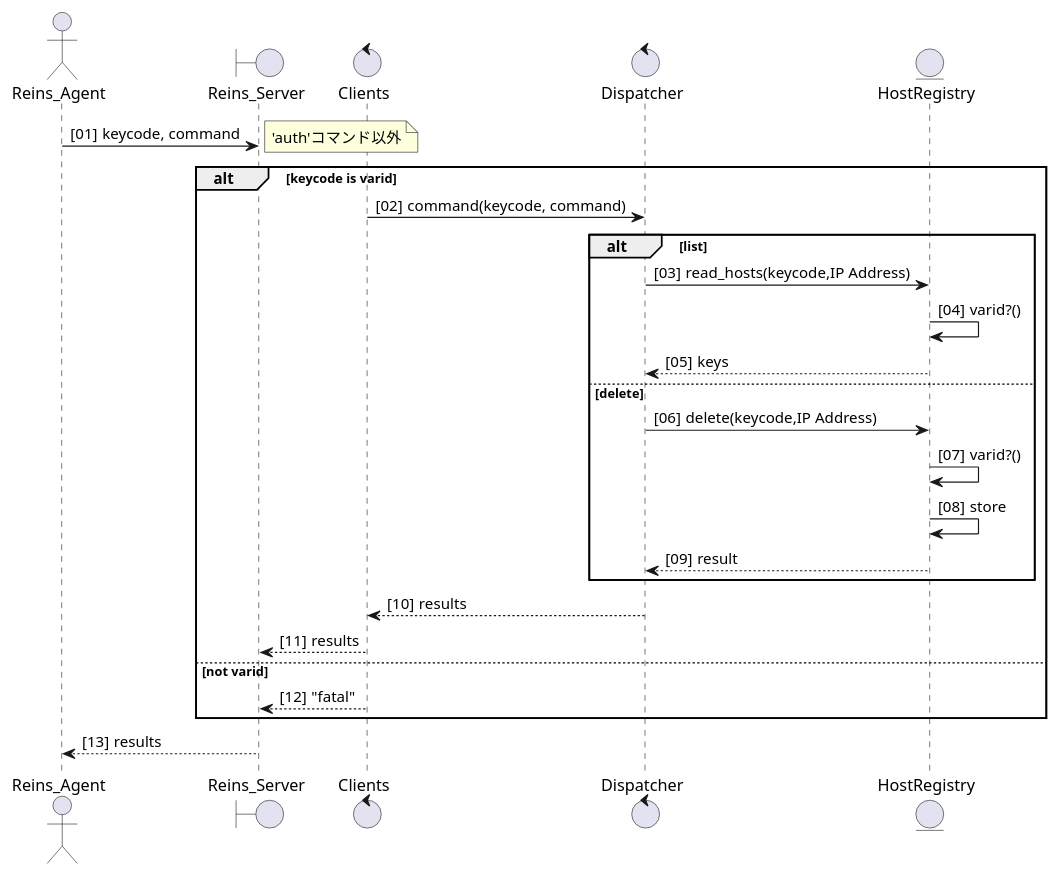
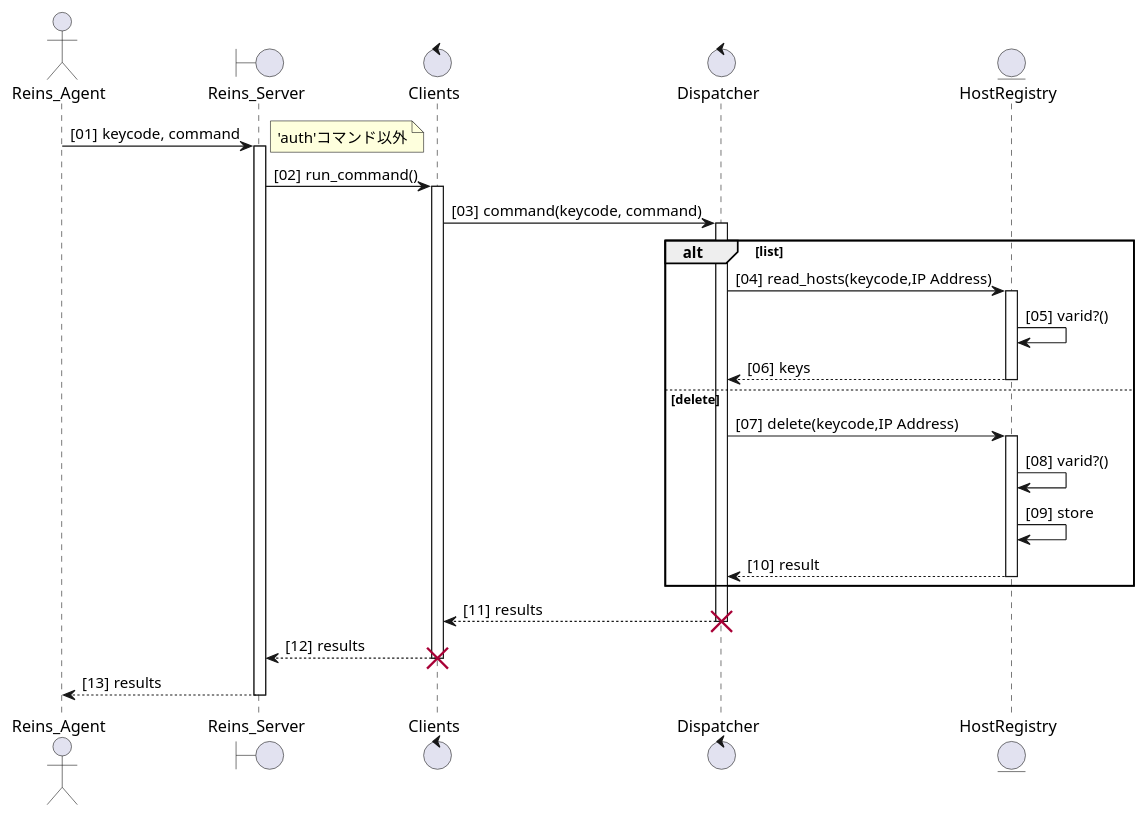
One commit to 40ruby/reins changed the diagram in uml/runcommand.pu. Above: the diagram before and after it, drawn with PlantUML. The commit also changed 3 other files, not shown here.

```diff
--- a/uml/runcommand.pu
+++ b/uml/runcommand.pu
@@ -1,38 +1,46 @@
 @startuml
 
 actor Reins_Agent as user
 boundary Reins_Server as server
 control Clients as clients
 control Dispatcher as dispatch
 entity HostRegistry as host
 
 autonumber "[00]"
 
 user -> server: keycode, command
+activate server
 note right: 'auth'コマンド以外
 
-alt keycode is varid
+server -> clients: run_command()
+activate clients
   clients -> dispatch: command(keycode, command)
+  activate dispatch
 
   alt list
     dispatch -> host: read_hosts(keycode,IP Address)
+    activate host
     host -> host: varid?()
     host --> dispatch: keys
+    deactivate host
 
   else delete
     dispatch -> host: delete(keycode,IP Address)
+    activate host
     host -> host: varid?()
     host -> host: store
     host --> dispatch: result
+    deactivate host
   end
 
   dispatch --> clients: results
+  deactivate dispatch
+  destroy dispatch
   clients --> server: results
-
-else not varid
-  clients --> server: "fatal"
-end
+  deactivate clients
+  destroy clients
 
 server --> user: results
+deactivate server
 
 @enduml
```
